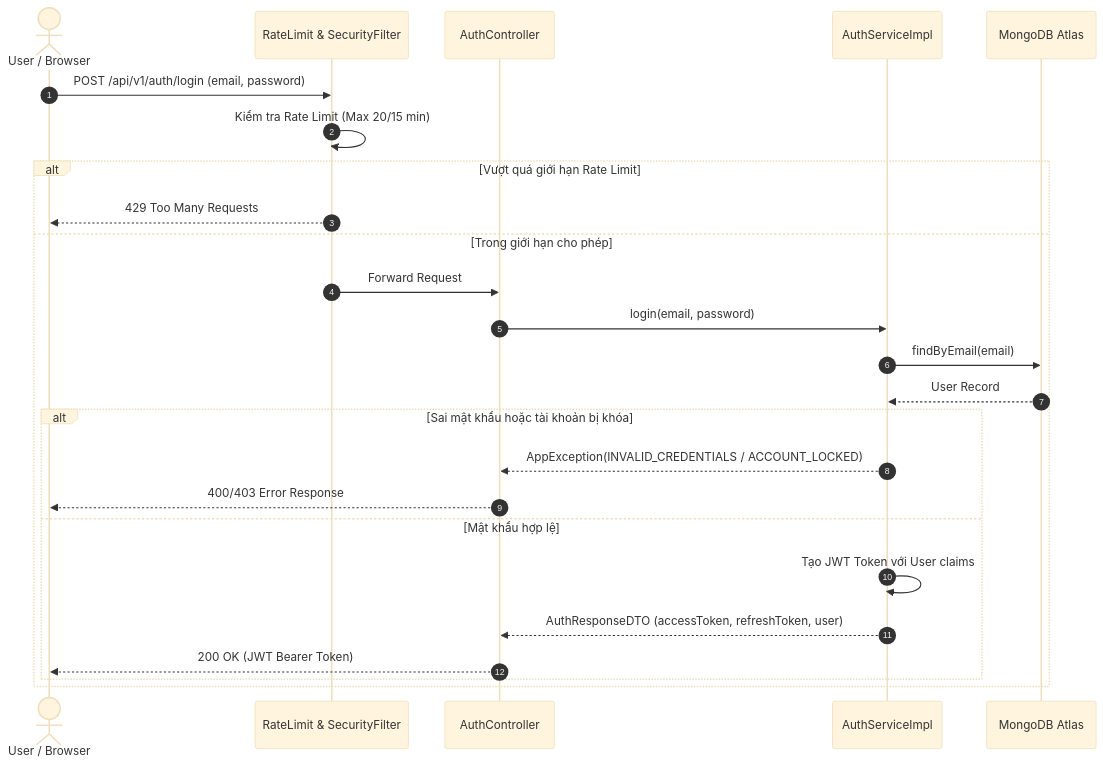
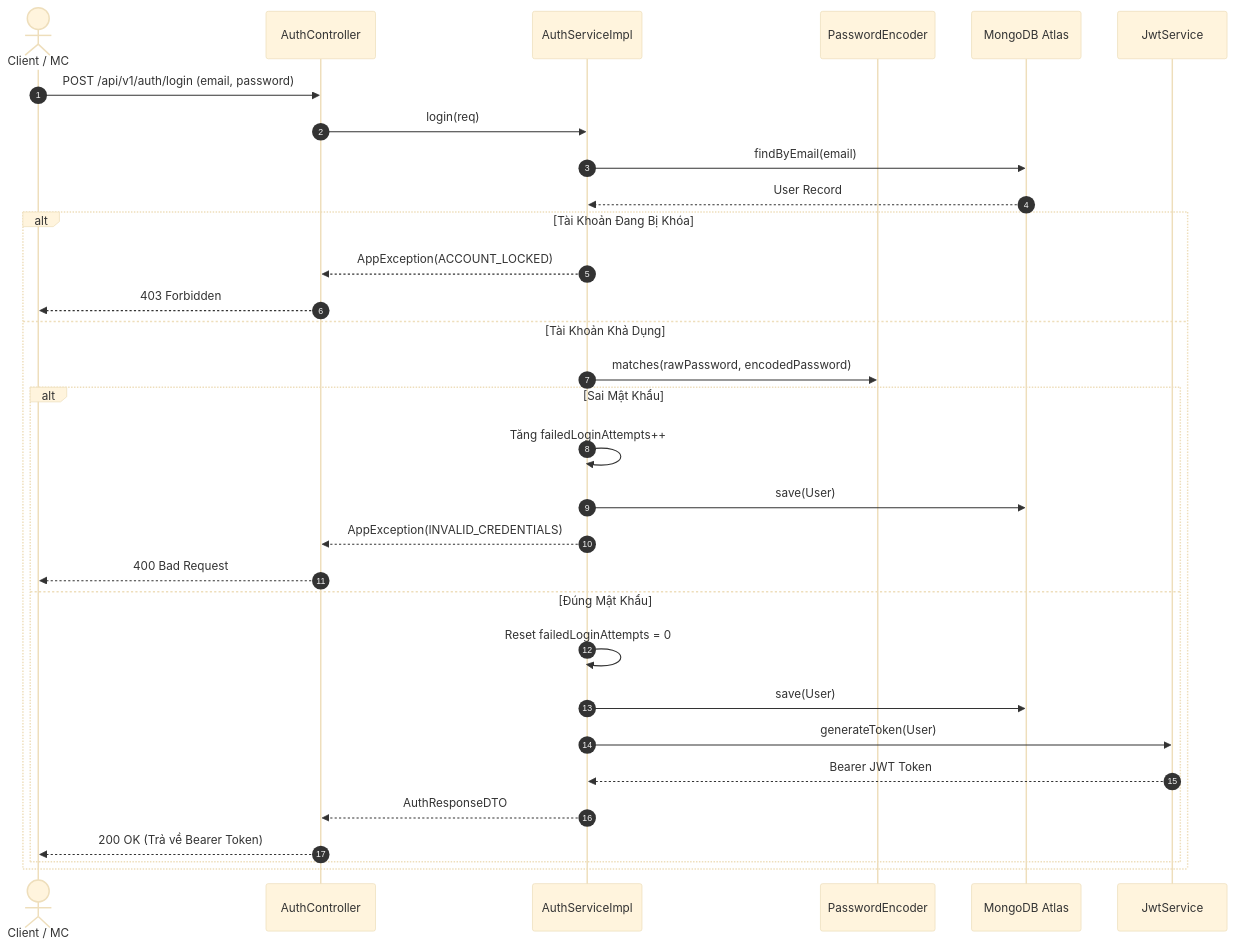
Before and after one commit to The-MC-Hub/MC_Voice_Training_Backend: the sixth of 12 diagrams in docs/use-cases/UC-01-authentication.md, drawn with Mermaid (base theme). The commit also changed other lines of this file and 12 other files, not shown here.

Commit message:
docs(use-cases): fully expand all sub-use-cases across all 13 UC files with dedicated Class Diagrams, Sequence Diagrams, and Unit Tests

````diff
--- a/docs/use-cases/UC-01-authentication.md
+++ b/docs/use-cases/UC-01-authentication.md
@@ -87,29 +213,35 @@
 ```mermaid
 sequenceDiagram
     autonumber
-    actor Client as User / Browser
-    participant Filter as RateLimit & SecurityFilter
+    actor User as Client / MC
     participant Controller as AuthController
     participant Service as AuthServiceImpl
+    participant Encoder as PasswordEncoder
     participant DB as MongoDB Atlas
+    participant JWT as JwtService
 
-    Client->>Filter: POST /api/v1/auth/login (email, password)
-    Filter->>Filter: Kiểm tra Rate Limit (Max 20/15 min)
-    alt Vượt quá giới hạn Rate Limit
-        Filter-->>Client: 429 Too Many Requests
-    else Trong giới hạn cho phép
-        Filter->>Controller: Forward Request
-        Controller->>Service: login(email, password)
-        Service->>DB: findByEmail(email)
-        DB-->>Service: User Record
-        
-        alt Sai mật khẩu hoặc tài khoản bị khóa
-            Service-->>Controller: AppException(INVALID_CREDENTIALS / ACCOUNT_LOCKED)
-            Controller-->>Client: 400/403 Error Response
-        else Mật khẩu hợp lệ
-            Service->>Service: Tạo JWT Token với User claims
-            Service-->>Controller: AuthResponseDTO (accessToken, refreshToken, user)
-            Controller-->>Client: 200 OK (JWT Bearer Token)
+    User->>Controller: POST /api/v1/auth/login (email, password)
+    Controller->>Service: login(req)
+    Service->>DB: findByEmail(email)
+    DB-->>Service: User Record
+    
+    alt Tài Khoản Đang Bị Khóa
+        Service-->>Controller: AppException(ACCOUNT_LOCKED)
+        Controller-->>User: 403 Forbidden
+    else Tài Khoản Khả Dụng
+        Service->>Encoder: matches(rawPassword, encodedPassword)
+        alt Sai Mật Khẩu
+            Service->>Service: Tăng failedLoginAttempts++
+            Service->>DB: save(User)
+            Service-->>Controller: AppException(INVALID_CREDENTIALS)
+            Controller-->>User: 400 Bad Request
+        else Đúng Mật Khẩu
+            Service->>Service: Reset failedLoginAttempts = 0
+            Service->>DB: save(User)
+            Service->>JWT: generateToken(User)
+            JWT-->>Service: Bearer JWT Token
+            Service-->>Controller: AuthResponseDTO
+            Controller-->>User: 200 OK (Trả về Bearer Token)
         end
     end
 ```
````
